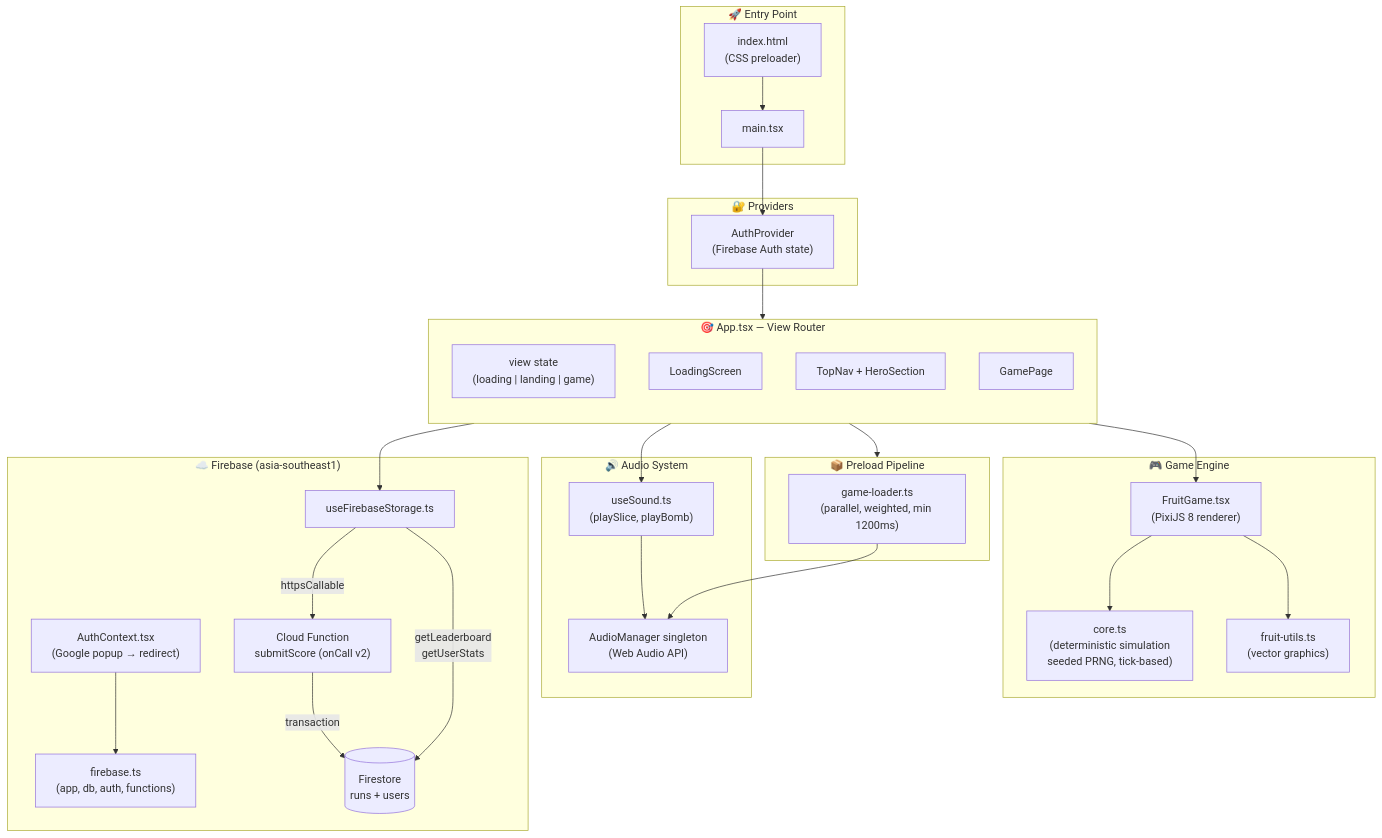
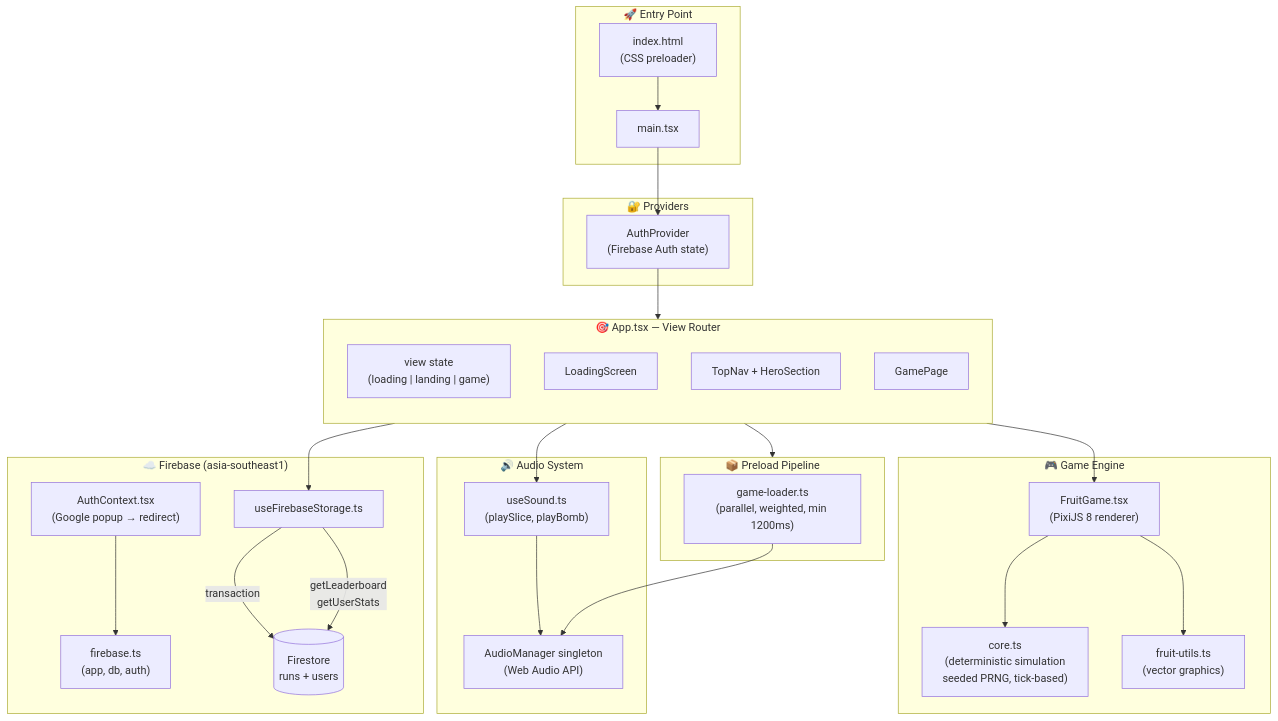
The second of 5 diagrams in architecture.md (tducn110/fruit-slashing), drawn with Mermaid before and after one commit. The commit also changed other lines of this file and 9 other files, not shown here.

````diff
--- a/architecture.md
+++ b/architecture.md
@@ -234,60 +214,59 @@
 ```mermaid
 flowchart TB
     subgraph Entry ["🚀 Entry Point"]
         HTML["index.html\n(CSS preloader)"]
         Main["main.tsx"]
         HTML --> Main
     end
 
     subgraph Providers ["🔐 Providers"]
         AuthProvider["AuthProvider\n(Firebase Auth state)"]
         Main --> AuthProvider
     end
 
     subgraph AppRoot ["🎯 App.tsx — View Router"]
         direction TB
         ViewState["view state\n(loading | landing | game)"]
         LoadingView["LoadingScreen"]
         LandingView["TopNav + HeroSection"]
         GameView["GamePage"]
     end
 
     AuthProvider --> AppRoot
 
     subgraph GameEngine ["🎮 Game Engine"]
         Core["core.ts\n(deterministic simulation\nseeded PRNG, tick-based)"]
         FruitGame["FruitGame.tsx\n(PixiJS 8 renderer)"]
         FruitUtils["fruit-utils.ts\n(vector graphics)"]
         FruitGame --> Core
         FruitGame --> FruitUtils
     end
 
     subgraph Audio ["🔊 Audio System"]
         AudioMgr["AudioManager singleton\n(Web Audio API)"]
         UseSound["useSound.ts\n(playSlice, playBomb)"]
         UseSound --> AudioMgr
     end
 
     subgraph Firebase ["☁️ Firebase (asia-southeast1)"]
-        FirebaseInit["firebase.ts\n(app, db, auth, functions)"]
+        FirebaseInit["firebase.ts
+(app, db, auth)"]
         AuthCtx["AuthContext.tsx\n(Google popup → redirect)"]
         Storage["useFirebaseStorage.ts"]
-        CloudFn["Cloud Function\nsubmitScore (onCall v2)"]
         Firestore[("Firestore\nruns + users")]
 
         AuthCtx --> FirebaseInit
-        Storage -->|httpsCallable| CloudFn
-        CloudFn -->|transaction| Firestore
+        Storage -->|transaction| Firestore
         Storage -->|getLeaderboard\ngetUserStats| Firestore
     end
 
     subgraph Preload ["📦 Preload Pipeline"]
         Loader["game-loader.ts\n(parallel, weighted, min 1200ms)"]
         Loader --> AudioMgr
     end
 
     GameView --> FruitGame
     GameView --> UseSound
     GameView --> Storage
     AppRoot --> Preload
 ```
````
